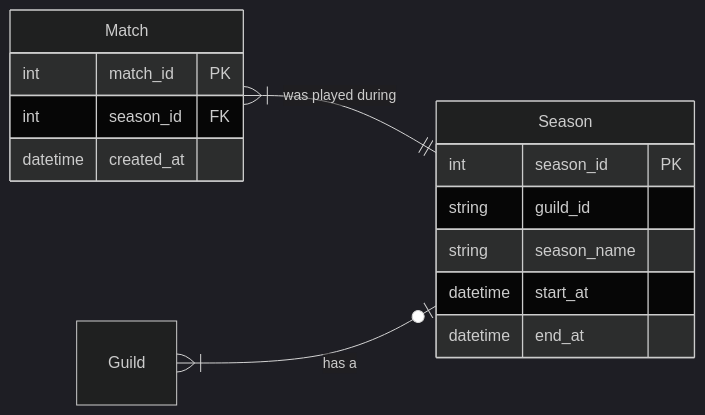
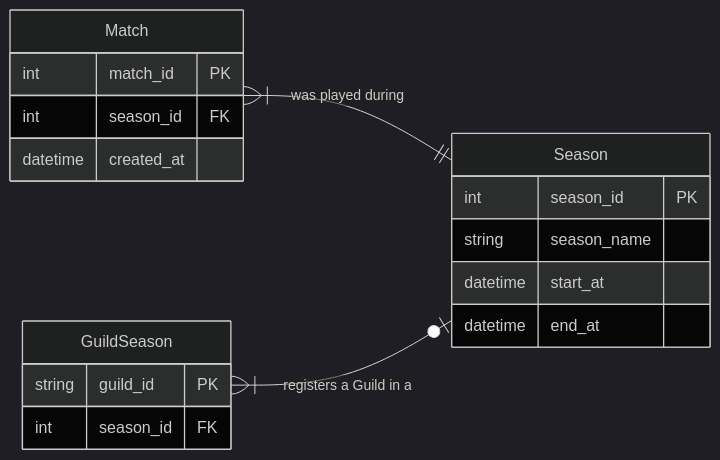
The third of 4 diagrams in apps/docsite/docs/Internal/database.md (aureateAnatidae/grindcord), drawn with Mermaid (dark theme) before and after one commit. The commit also changed other lines of this file and 1 other file, not shown here.

Commit message:
docs: Add design of GuildSeason table to docsite

````diff
--- a/apps/docsite/docs/Internal/database.md
+++ b/apps/docsite/docs/Internal/database.md
@@ -62,18 +62,21 @@
 ```mermaid
 erDiagram
     direction LR
     Match {
         int         match_id    PK
         int         season_id   FK
         datetime    created_at
     }
     Season {
         int         season_id   PK
-        string      guild_id
         string      season_name
         datetime    start_at
         datetime    end_at
     }
+    GuildSeason {
+        string      guild_id    PK
+        int         season_id   FK
+    }
     Match }|--|| Season: "was played during"
-    Guild }|--o| Season: "has a"
+    GuildSeason }|--o| Season: "registers a Guild in a"
 ```
````
